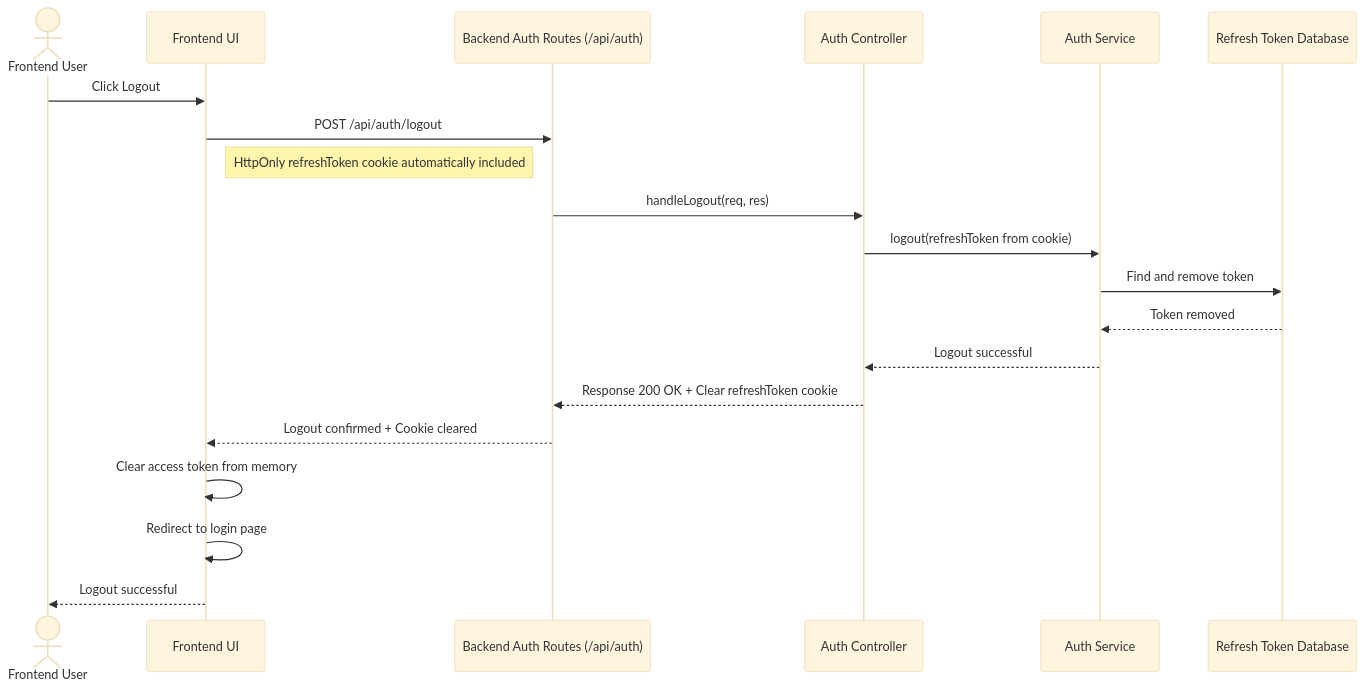
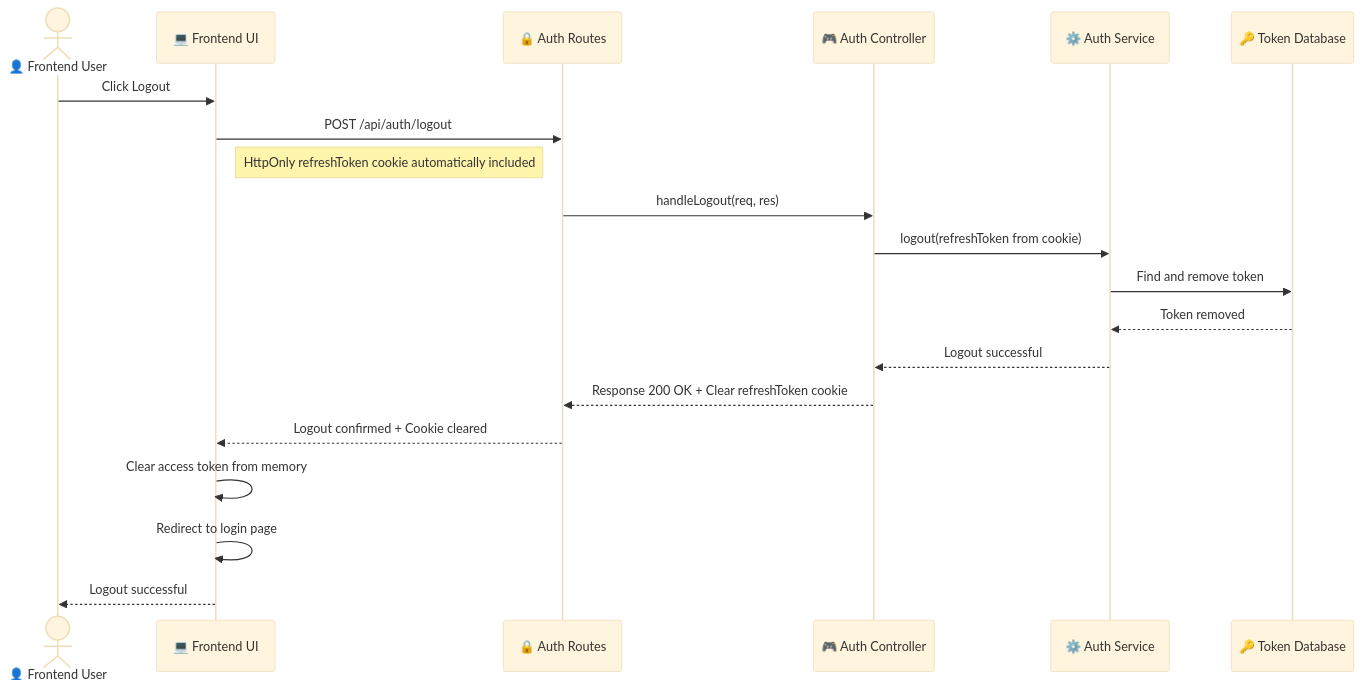
Before and after one commit to LoGGGG2402/computer-management-system: the third of 16 diagrams in backend/docs/flow.md, drawn with Mermaid (base theme). The commit also changed other lines of this file and 60 other files, not shown here.

````diff
--- a/backend/docs/flow.md
+++ b/backend/docs/flow.md
@@ -124,23 +97,23 @@
 ```mermaid
 sequenceDiagram
-    actor FrontendUser as Frontend User
-    participant FE as Frontend UI
-    participant BE_AuthRoutes as Backend Auth Routes (/api/auth)
-    participant AuthController as Auth Controller
-    participant AuthService as Auth Service
-    participant RefreshTokenDB as Refresh Token Database
+    actor FrontendUser as 👤 Frontend User
+    participant FE as 💻 Frontend UI
+    participant BE_AuthRoutes as 🔒 Auth Routes
+    participant AuthController as 🎮 Auth Controller
+    participant AuthService as ⚙️ Auth Service
+    participant RefreshTokenDB as 🔑 Token Database
 
     FrontendUser->>FE: Click Logout
     FE->>BE_AuthRoutes: POST /api/auth/logout
     note right of FE: HttpOnly refreshToken cookie automatically included
     BE_AuthRoutes->>AuthController: handleLogout(req, res)
     AuthController->>AuthService: logout(refreshToken from cookie)
     AuthService->>RefreshTokenDB: Find and remove token
     RefreshTokenDB-->>AuthService: Token removed
     AuthService-->>AuthController: Logout successful
     AuthController-->>BE_AuthRoutes: Response 200 OK + Clear refreshToken cookie
     BE_AuthRoutes-->>FE: Logout confirmed + Cookie cleared
     FE->>FE: Clear access token from memory
     FE->>FE: Redirect to login page
     FE-->>FrontendUser: Logout successful
 ```
````
